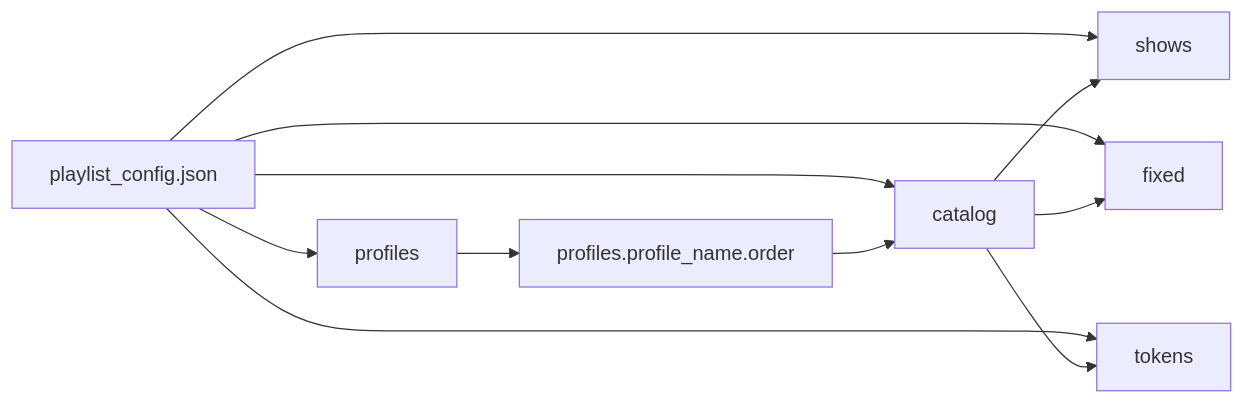
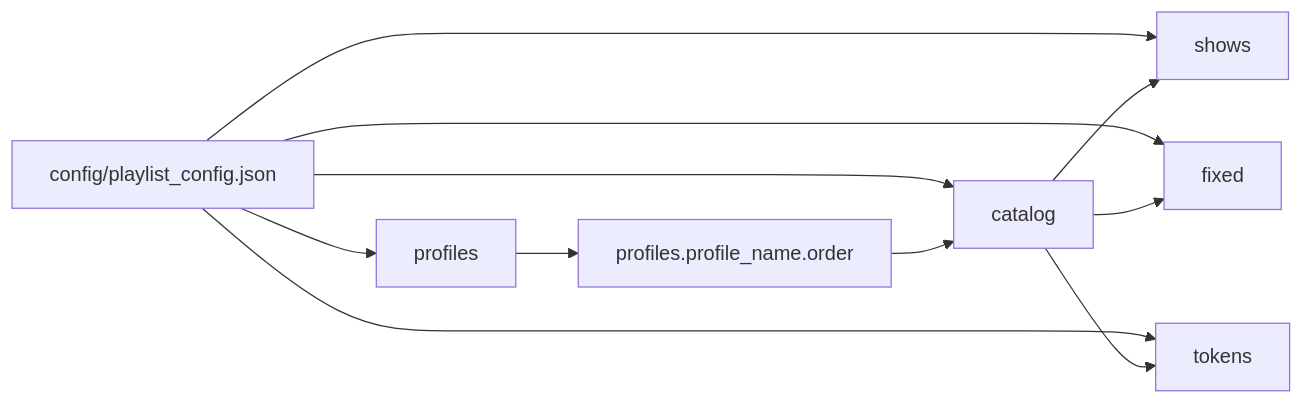
The third of 5 diagrams in REFRESH_PLAYLIST_ARCHITECTURE.md (Jctebo/spotify_praylist), drawn with Mermaid before and after one commit. The commit also changed other lines of this file and 15 other files, not shown here.

````diff
--- a/REFRESH_PLAYLIST_ARCHITECTURE.md
+++ b/REFRESH_PLAYLIST_ARCHITECTURE.md
@@ -45,21 +45,21 @@
 ```mermaid
 flowchart LR
-    CFG[playlist_config.json]
+    CFG[config/playlist_config.json]
     SHOWS[shows]
     FIXED[fixed]
     TOKENS[tokens]
     CATALOG[catalog]
     PROFILES[profiles]
     ORDER[profiles.profile_name.order]
 
     CFG --> SHOWS
     CFG --> FIXED
     CFG --> TOKENS
     CFG --> CATALOG
     CFG --> PROFILES
     PROFILES --> ORDER
     ORDER --> CATALOG
     CATALOG --> SHOWS
     CATALOG --> FIXED
     CATALOG --> TOKENS
 ```
````
